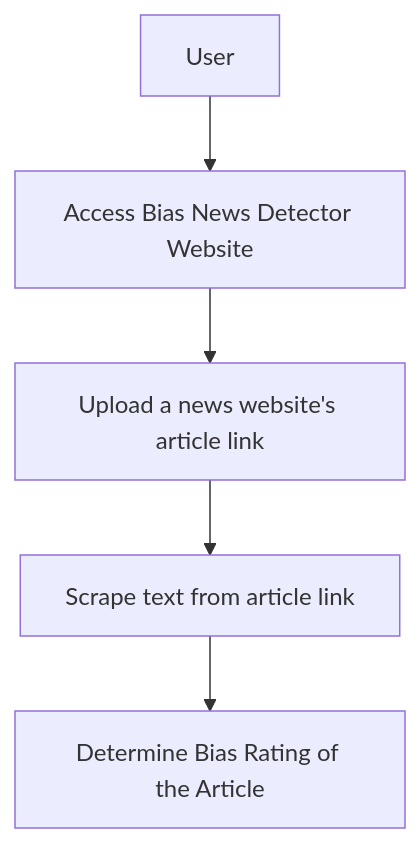
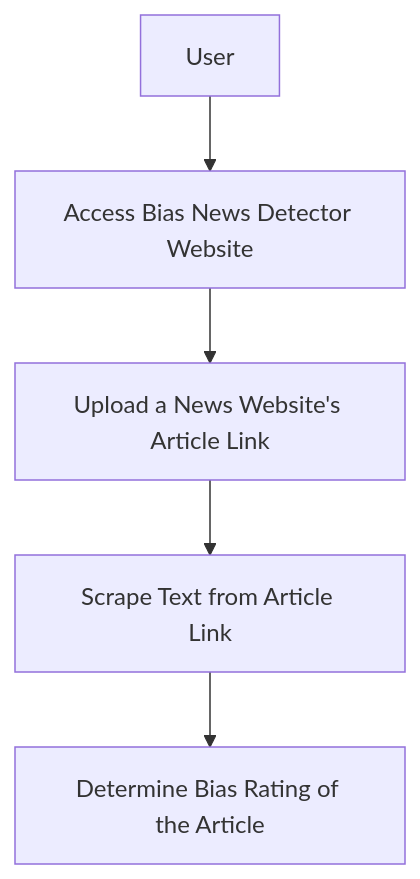
One commit to JordanDotPy/Senior_Capstone changed the second of 3 diagrams in homeworks/assignment4_design_diagrams.md. Above: the diagram before and after it, drawn with Mermaid. The commit also changed other lines of this file, not shown here.

````diff
--- a/homeworks/assignment4_design_diagrams.md
+++ b/homeworks/assignment4_design_diagrams.md
@@ -14,8 +14,8 @@
 ```mermaid
 graph TD;
     A[User] --> B;
     B[Access Bias News Detector Website] --> C;
-    C[Upload a news website's article link] --> D;
-    D[Scrape text from article link] --> E;
+    C[Upload a News Website's Article Link] --> D;
+    D[Scrape Text from Article Link] --> E;
     E[Determine Bias Rating of the Article];
 ```
````
